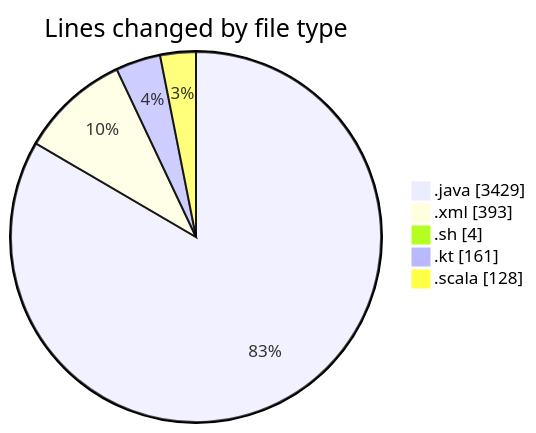
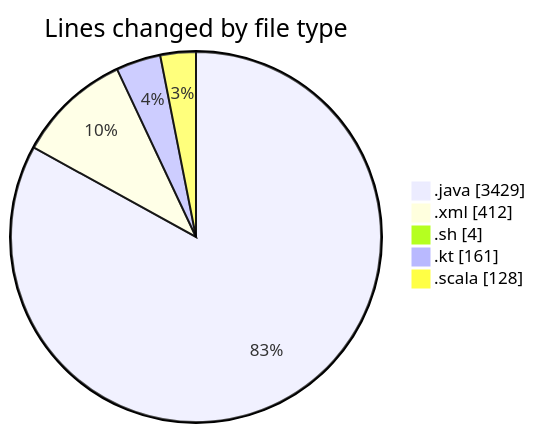
Before and after one commit to charlie-sans/code-tracking: the first of 2 diagrams in 2025-03-09/jmasm/README.md, drawn with Mermaid. The commit also changed other lines of this file and 1 other file, not shown here.

````diff
--- a/2025-03-09/jmasm/README.md
+++ b/2025-03-09/jmasm/README.md
@@ -33,9 +34,9 @@
 ```mermaid
 pie showData
 title Lines changed by file type
 ".java" : 3429
-".xml" : 393
+".xml" : 412
 ".sh" : 4
 ".kt" : 161
 ".scala" : 128
 ```
````
